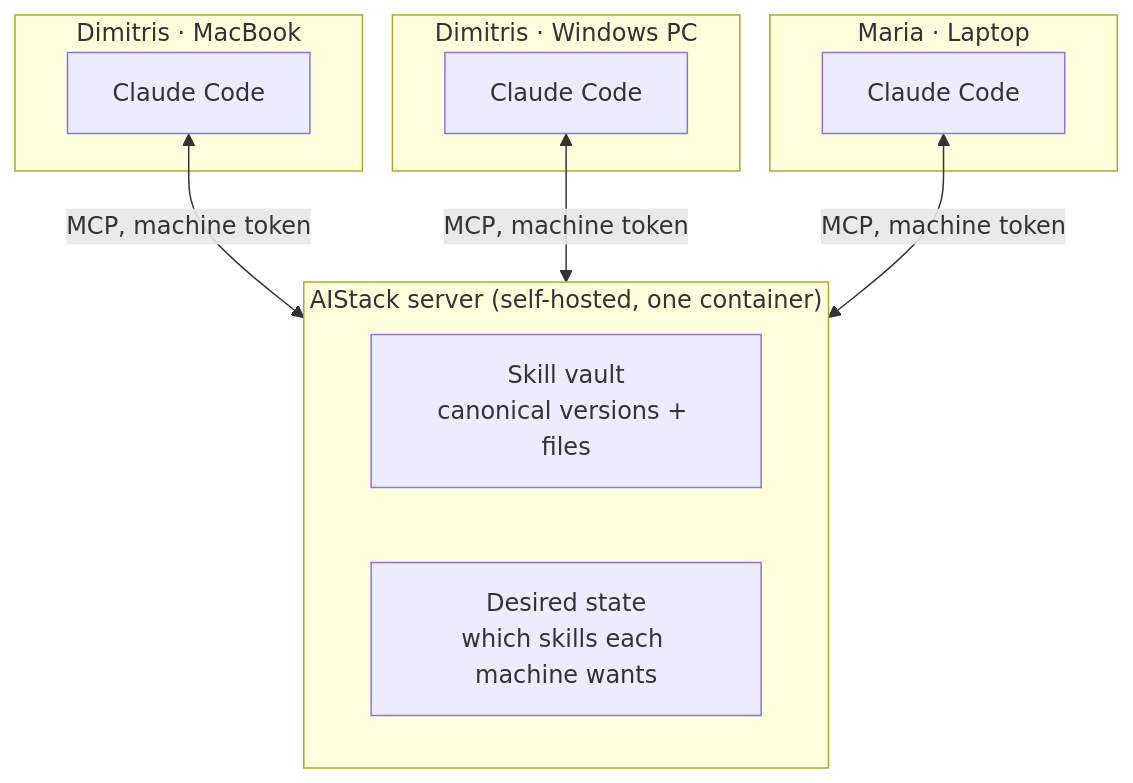
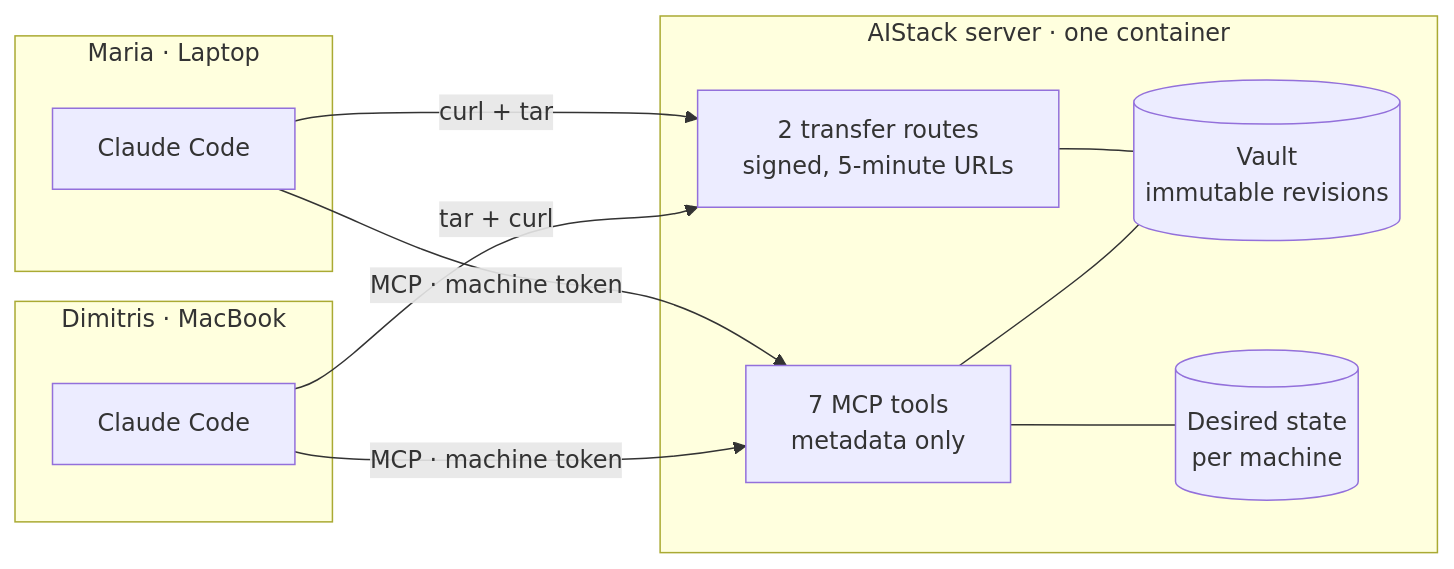
One commit to dchristopoulos/AIStack changed the diagram in README.md. Above: the diagram before and after it, drawn with Mermaid. The commit also changed other lines of this file, not shown here.

````diff
--- a/README.md
+++ b/README.md
@@ -32,23 +24,23 @@
 ```mermaid
-flowchart TD
-    subgraph server["AIStack server (self-hosted, one container)"]
-        vault["Skill vault<br/>canonical versions + files"]
-        desired["Desired state<br/>which skills each machine wants"]
+flowchart LR
+    subgraph a["Dimitris · MacBook"]
+        cca["Claude Code"]
+    end
+    subgraph b["Maria · Laptop"]
+        ccb["Claude Code"]
+    end
+    subgraph server["AIStack server · one container"]
+        tools["7 MCP tools<br/>metadata only"]
+        routes["2 transfer routes<br/>signed, 5-minute URLs"]
+        vault[("Vault<br/>immutable revisions")]
+        desired[("Desired state<br/>per machine")]
     end
 
-    subgraph mac["Dimitris · MacBook"]
-        cc["Claude Code"]
-    end
-
-    subgraph pc["Dimitris · Windows PC"]
-        cc2["Claude Code"]
-    end
-
-    subgraph maria["Maria · Laptop"]
-        cc3["Claude Code"]
-    end
-
-    cc <-->|"MCP, machine token"| server
-    cc2 <-->|"MCP, machine token"| server
-    cc3 <-->|"MCP, machine token"| server
+    cca -- "MCP · machine token" --> tools
+    ccb -- "MCP · machine token" --> tools
+    cca -- "tar + curl" --> routes
+    ccb -- "curl + tar" --> routes
+    tools --- vault
+    tools --- desired
+    routes --- vault
 ```
````
